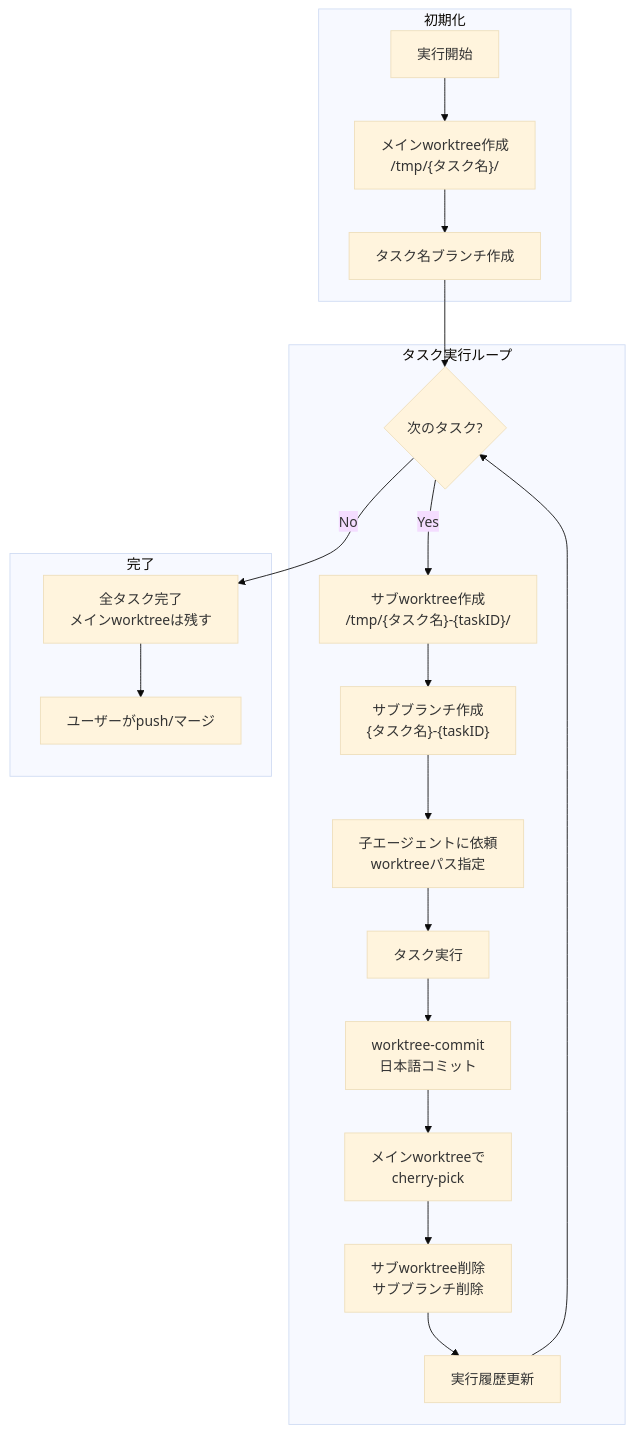
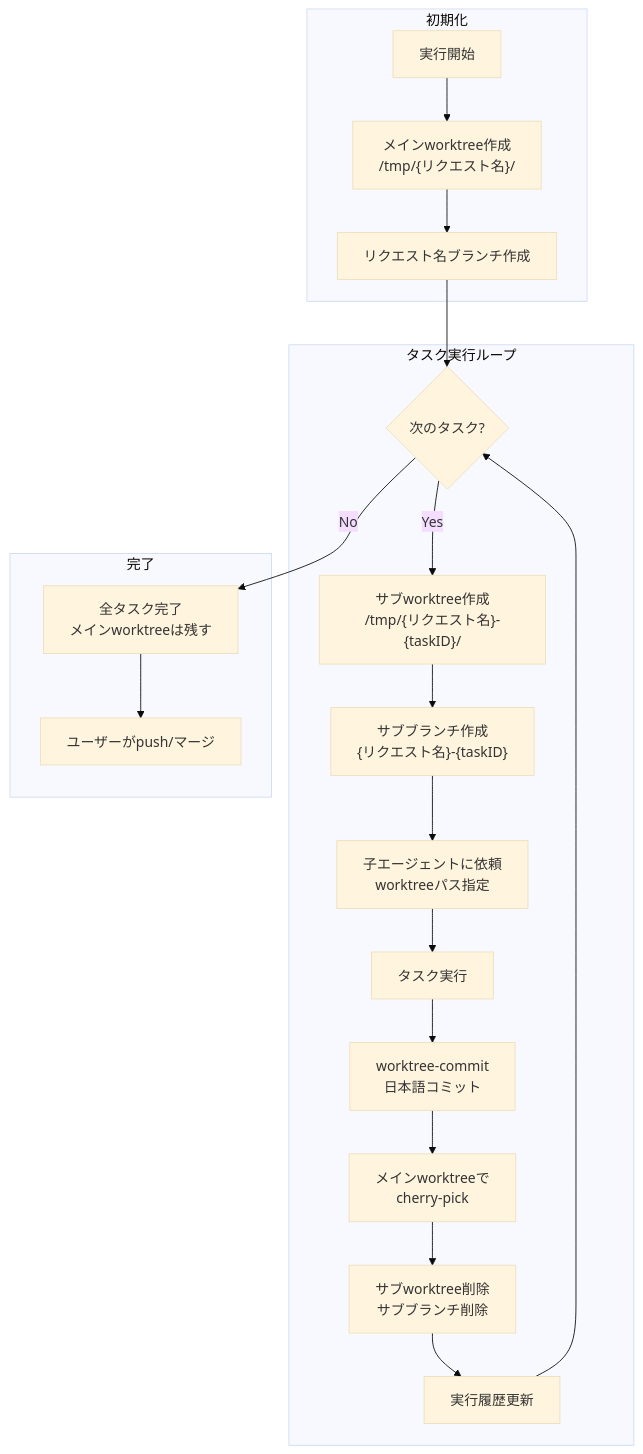
One commit to NagasakaH/dev-process changed the third of 4 diagrams in README.md. Above: the diagram before and after it, drawn with Mermaid (base theme). The commit also changed other lines of this file and 6 other files, not shown here.

````diff
--- a/README.md
+++ b/README.md
@@ -339,25 +339,25 @@
 ```mermaid
 flowchart TD
     subgraph "初期化"
-        A[実行開始] --> B["メインworktree作成<br/>/tmp/{タスク名}/"]
-        B --> C["タスク名ブランチ作成"]
+        A[実行開始] --> B["メインworktree作成<br/>/tmp/{リクエスト名}/"]
+        B --> C["リクエスト名ブランチ作成"]
     end
     
     subgraph "タスク実行ループ"
         C --> D{次のタスク?}
-        D -->|Yes| E["サブworktree作成<br/>/tmp/{タスク名}-{taskID}/"]
-        E --> F["サブブランチ作成<br/>{タスク名}-{taskID}"]
+        D -->|Yes| E["サブworktree作成<br/>/tmp/{リクエスト名}-{taskID}/"]
+        E --> F["サブブランチ作成<br/>{リクエスト名}-{taskID}"]
         F --> G[子エージェントに依頼<br/>worktreeパス指定]
         G --> H[タスク実行]
         H --> I[worktree-commit<br/>日本語コミット]
         I --> J["メインworktreeで<br/>cherry-pick"]
         J --> K["サブworktree削除<br/>サブブランチ削除"]
         K --> L[実行履歴更新]
         L --> D
     end
     
     subgraph "完了"
         D -->|No| M["全タスク完了<br/>メインworktreeは残す"]
         M --> N[ユーザーがpush/マージ]
     end
 ```
````
